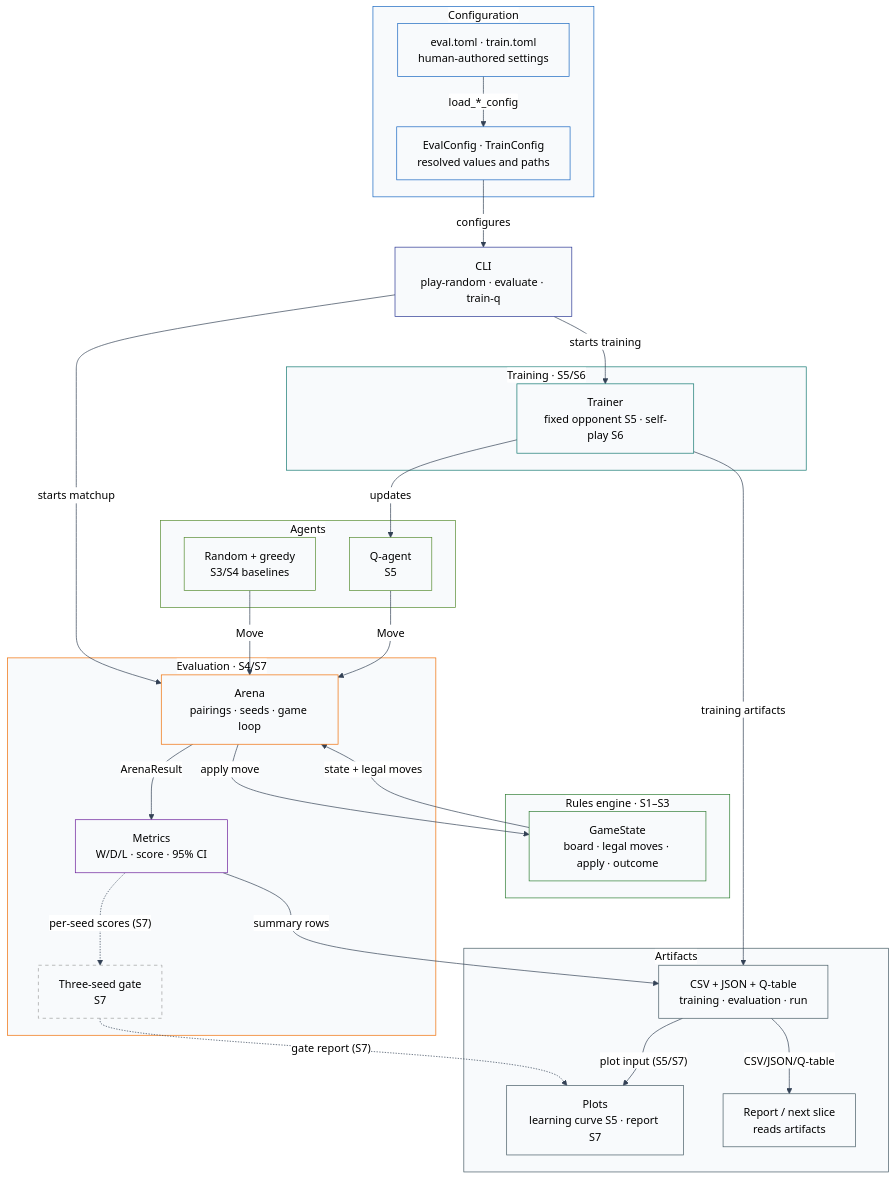
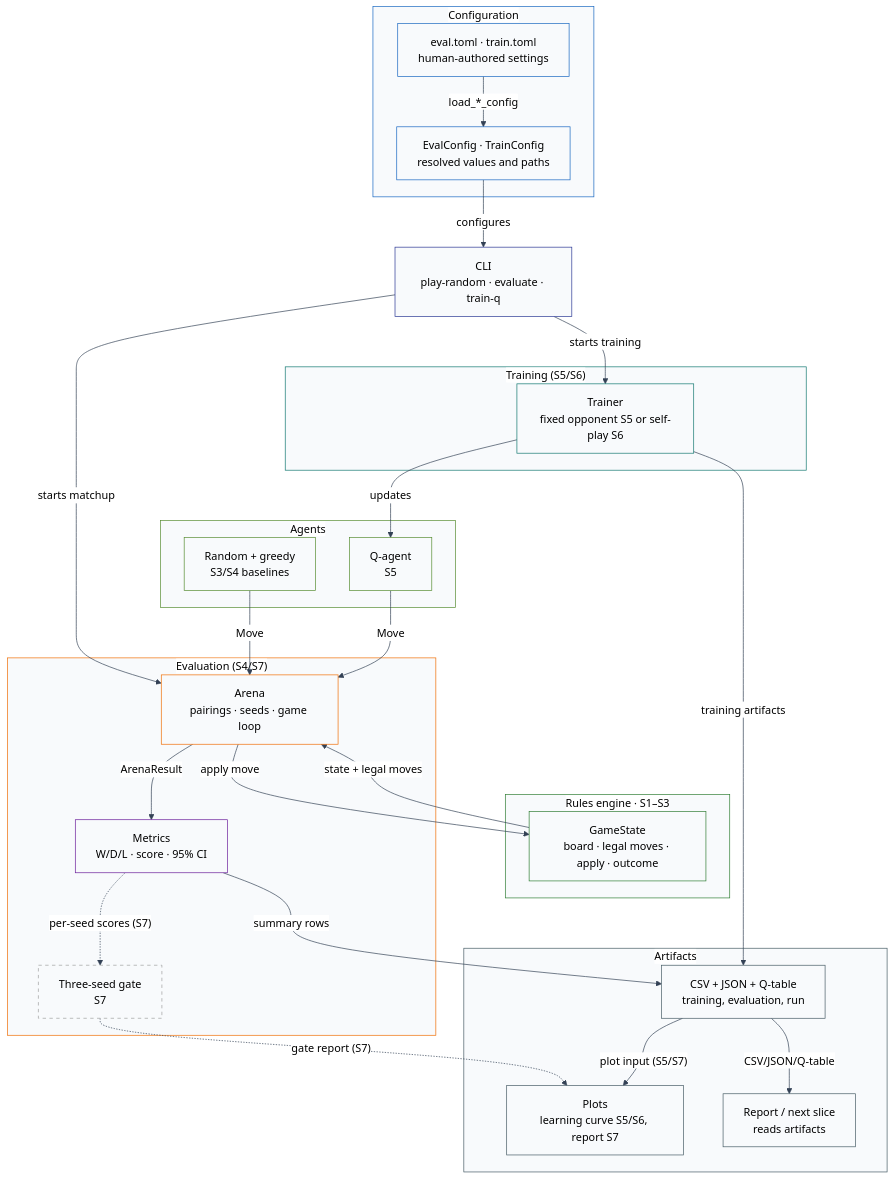
One commit to till75/RLCheckers changed the diagram in docs/architecture.md. Above: the diagram before and after it, drawn with Mermaid. The commit also changed other lines of this file and 5 other files, not shown here.

First line of the commit message:
docs(s6): document self-play snapshots

````diff
--- a/docs/architecture.md
+++ b/docs/architecture.md
@@ -28,79 +31,79 @@
 ```mermaid
 %%{init: {"theme": "base", "themeVariables": {"darkMode": false, "primaryTextColor": "#000000", "secondaryTextColor": "#000000", "tertiaryTextColor": "#000000", "textColor": "#000000", "lineColor": "#334155", "edgeLabelBackground": "#ffffff", "clusterBkg": "#f8fafc", "clusterBorder": "#94a3b8"}}}%%
 flowchart TB
   subgraph Config["<span style='background-color:#ffffff'><span style='color:#000000'>Configuration</span></span>"]
     TOML["<span style='color:#000000'>eval.toml · train.toml<br/>human-authored settings</span>"]
     CFG["<span style='color:#000000'>EvalConfig · TrainConfig<br/>resolved values and paths</span>"]
     TOML -->|"<span style='background-color:#ffffff'><span style='color:#000000'>load_*_config</span></span>"| CFG
   end
 
   subgraph Rules["<span style='background-color:#ffffff'><span style='color:#000000'>Rules engine · S1–S3</span></span>"]
     STATE["<span style='color:#000000'>GameState<br/>board · legal moves · apply · outcome</span>"]
   end
 
   subgraph Agents["<span style='background-color:#ffffff'><span style='color:#000000'>Agents</span></span>"]
     BASE["<span style='color:#000000'>Random + greedy<br/>S3/S4 baselines</span>"]
     Q["<span style='color:#000000'>Q-agent<br/>S5</span>"]
   end
 
-  subgraph Training["<span style='background-color:#ffffff'><span style='color:#000000'>Training · S5/S6</span></span>"]
-    TRAIN["<span style='color:#000000'>Trainer<br/>fixed opponent S5 · self-play S6</span>"]
+  subgraph Training["<span style='background-color:#ffffff'><span style='color:#000000'>Training (S5/S6)</span></span>"]
+    TRAIN["<span style='color:#000000'>Trainer<br/>fixed opponent S5 or self-play S6</span>"]
   end
 
-  subgraph Evaluation["<span style='background-color:#ffffff'><span style='color:#000000'>Evaluation · S4/S7</span></span>"]
+  subgraph Evaluation["<span style='background-color:#ffffff'><span style='color:#000000'>Evaluation (S4/S7)</span></span>"]
     ARENA["<span style='color:#000000'>Arena<br/>pairings · seeds · game loop</span>"]
     METRICS["<span style='color:#000000'>Metrics<br/>W/D/L · score · 95% CI</span>"]
     GATE["<span style='color:#000000'>Three-seed gate<br/>S7</span>"]
   end
 
   subgraph Outputs["<span style='background-color:#ffffff'><span style='color:#000000'>Artifacts</span></span>"]
-    FILES["<span style='color:#000000'>CSV + JSON + Q-table<br/>training · evaluation · run</span>"]
-    PLOTS["<span style='color:#000000'>Plots<br/>learning curve S5 · report S7</span>"]
+    FILES["<span style='color:#000000'>CSV + JSON + Q-table<br/>training, evaluation, run</span>"]
+    PLOTS["<span style='color:#000000'>Plots<br/>learning curve S5/S6, report S7</span>"]
     CONSUMER["<span style='color:#000000'>Report / next slice<br/>reads artifacts</span>"]
   end
 
   CLI["<span style='color:#000000'>CLI<br/>play-random · evaluate · train-q</span>"]
 
   CFG -->|"<span style='background-color:#ffffff'><span style='color:#000000'>configures</span></span>"| CLI
   CLI -->|"<span style='background-color:#ffffff'><span style='color:#000000'>starts matchup</span></span>"| ARENA
   CLI -->|"<span style='background-color:#ffffff'><span style='color:#000000'>starts training</span></span>"| TRAIN
   STATE -->|"<span style='background-color:#ffffff'><span style='color:#000000'>state + legal moves</span></span>"| ARENA
   ARENA -->|"<span style='background-color:#ffffff'><span style='color:#000000'>apply move</span></span>"| STATE
   BASE -->|"<span style='background-color:#ffffff'><span style='color:#000000'>Move</span></span>"| ARENA
   Q -->|"<span style='background-color:#ffffff'><span style='color:#000000'>Move</span></span>"| ARENA
   TRAIN -->|"<span style='background-color:#ffffff'><span style='color:#000000'>updates</span></span>"| Q
   ARENA -->|"<span style='background-color:#ffffff'><span style='color:#000000'>ArenaResult</span></span>"| METRICS
   METRICS -->|"<span style='background-color:#ffffff'><span style='color:#000000'>summary rows</span></span>"| FILES
   TRAIN -->|"<span style='background-color:#ffffff'><span style='color:#000000'>training artifacts</span></span>"| FILES
   METRICS -.->|"<span style='background-color:#ffffff'><span style='color:#000000'>per-seed scores (S7)</span></span>"| GATE
   GATE -.->|"<span style='background-color:#ffffff'><span style='color:#000000'>gate report (S7)</span></span>"| PLOTS
   FILES -->|"<span style='background-color:#ffffff'><span style='color:#000000'>plot input (S5/S7)</span></span>"| PLOTS
   FILES -->|"<span style='background-color:#ffffff'><span style='color:#000000'>CSV/JSON/Q-table</span></span>"| CONSUMER
 
   style Config fill:#f8fafc,stroke:#1565c0
   style Rules fill:#f8fafc,stroke:#2e7d32
   style Agents fill:#f8fafc,stroke:#558b2f
   style Training fill:#f8fafc,stroke:#0f766e
   style Evaluation fill:#f8fafc,stroke:#ef6c00
   style Outputs fill:#f8fafc,stroke:#455a64
 
   classDef config fill:#f8fafc,stroke:#1565c0,color:#000000
   classDef cli fill:#f8fafc,stroke:#283593,color:#000000
   classDef rules fill:#f8fafc,stroke:#2e7d32,color:#000000
   classDef agents fill:#f8fafc,stroke:#558b2f,color:#000000
   classDef train fill:#f8fafc,stroke:#0f766e,color:#000000
   classDef eval fill:#f8fafc,stroke:#ef6c00,color:#000000
   classDef metrics fill:#f8fafc,stroke:#6a1b9a,color:#000000
   classDef output fill:#f8fafc,stroke:#455a64,color:#000000
   classDef future fill:#f8fafc,stroke:#9e9e9e,color:#000000,stroke-dasharray: 5 5
 
   class TOML,CFG config
   class CLI cli
   class STATE rules
   class BASE,Q agents
   class TRAIN train
   class ARENA eval
   class METRICS metrics
   class FILES,PLOTS,CONSUMER output
   class GATE future
 ```
````
